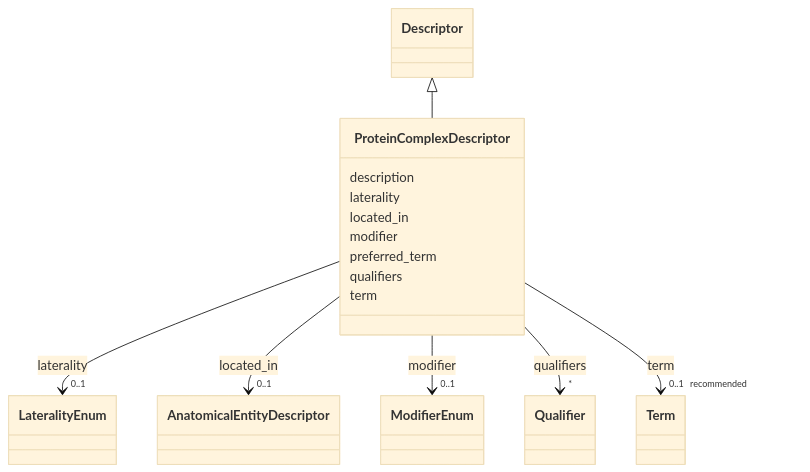
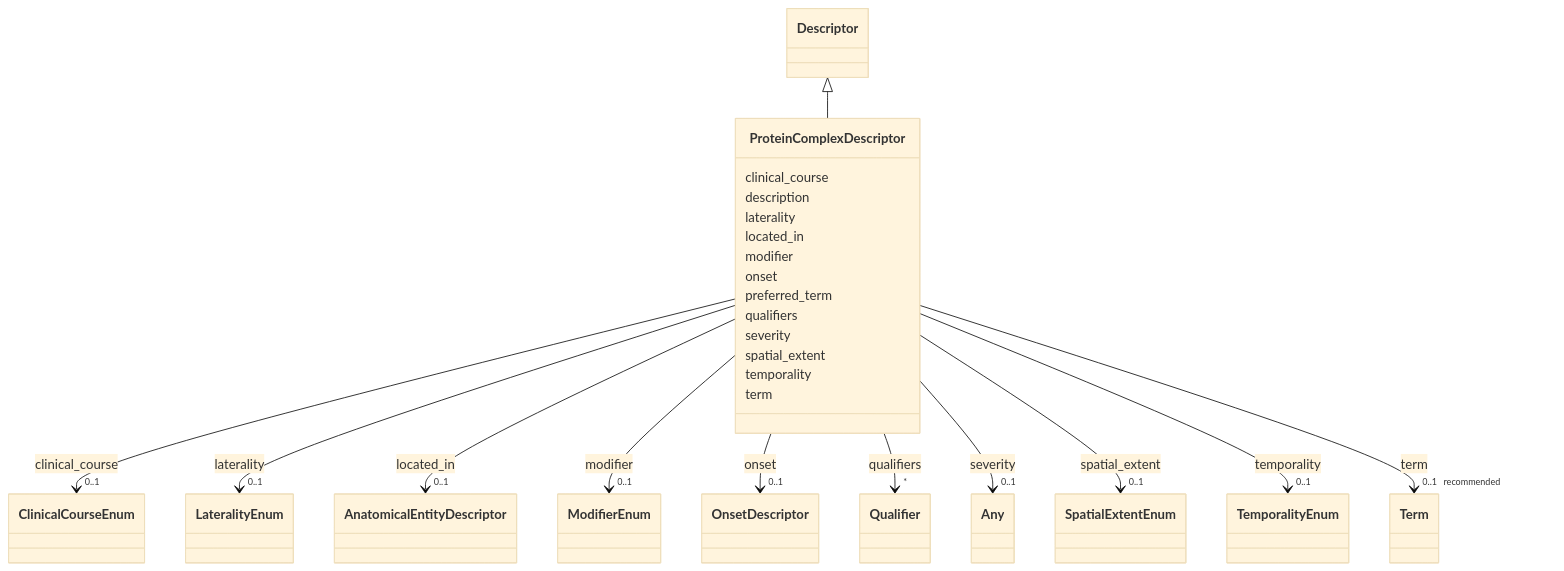
Before and after one commit to monarch-initiative/dismech: the diagram in docs/schema/classes/ProteinComplexDescriptor.md, drawn with Mermaid (base theme). The commit also changed other lines of this file and 1343 other files, not shown here.

First line of the commit message:
docs: regenerate schema docs and point design-decisions link at rendered page

```diff
--- a/docs/schema/classes/ProteinComplexDescriptor.md
+++ b/docs/schema/classes/ProteinComplexDescriptor.md
@@ -22,6 +22,17 @@
       Descriptor <|-- ProteinComplexDescriptor
         click Descriptor href "../../classes/Descriptor/"
       
+      ProteinComplexDescriptor : clinical_course
+        
+          
+    
+        
+        
+        ProteinComplexDescriptor --> "0..1" ClinicalCourseEnum : clinical_course
+        click ClinicalCourseEnum href "../../enums/ClinicalCourseEnum/"
+    
+
+        
       ProteinComplexDescriptor : description
         
       ProteinComplexDescriptor : laterality
@@ -57,6 +68,17 @@
     
 
         
+      ProteinComplexDescriptor : onset
+        
+          
+    
+        
+        
+        ProteinComplexDescriptor --> "0..1" OnsetDescriptor : onset
+        click OnsetDescriptor href "../../classes/OnsetDescriptor/"
+    
+
+        
       ProteinComplexDescriptor : preferred_term
         
       ProteinComplexDescriptor : qualifiers
@@ -67,6 +89,39 @@
         
         ProteinComplexDescriptor --> "*" Qualifier : qualifiers
         click Qualifier href "../../classes/Qualifier/"
+    
+
+        
+      ProteinComplexDescriptor : severity
+        
+          
+    
+        
+        
+        ProteinComplexDescriptor --> "0..1" Any : severity
+        click Any href "../../classes/Any/"
+    
+
+        
+      ProteinComplexDescriptor : spatial_extent
+        
+          
+    
+        
+        
+        ProteinComplexDescriptor --> "0..1" SpatialExtentEnum : spatial_extent
+        click SpatialExtentEnum href "../../enums/SpatialExtentEnum/"
+    
+
+        
+      ProteinComplexDescriptor : temporality
+        
+          
+    
+        
+        
+        ProteinComplexDescriptor --> "0..1" TemporalityEnum : temporality
+        click TemporalityEnum href "../../enums/TemporalityEnum/"
     
 
         
```
